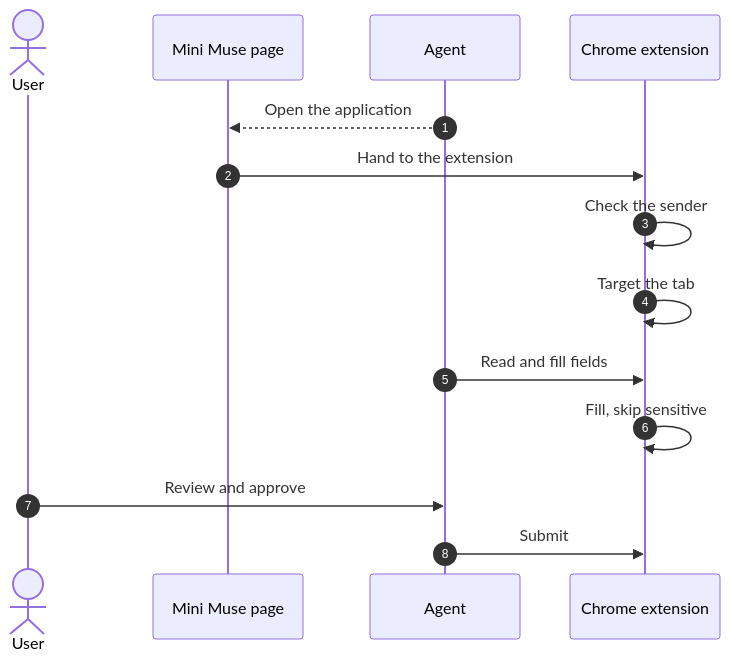
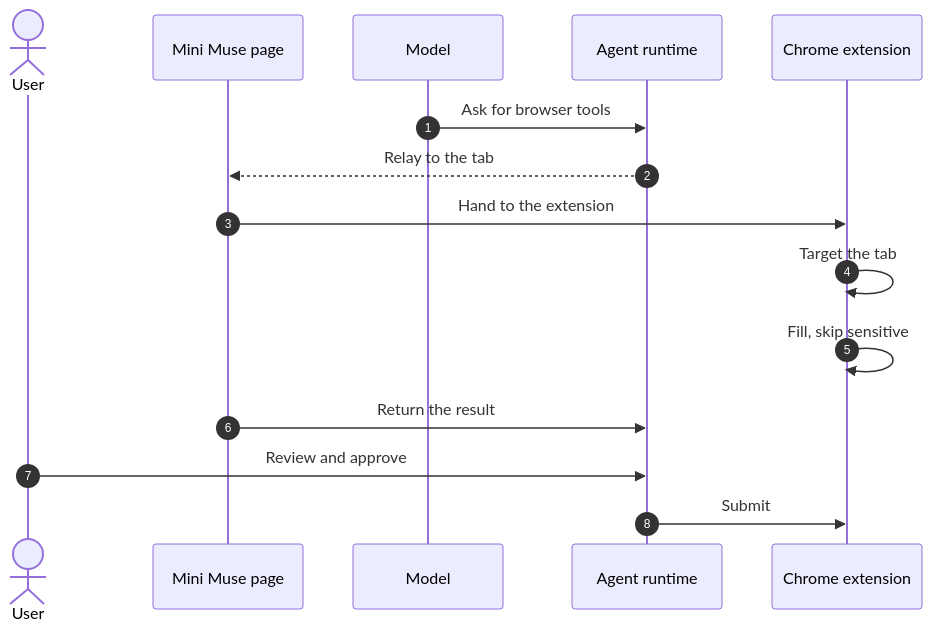
The diagram in docs/architecture/workflows/browser-bridge-fill.md (lngsa1234/mini-muse-mvp), drawn with Mermaid before and after one commit. The commit also changed other lines of this file and 23 other files, not shown here.

First line of the commit message:
Docs: specs, workflows and baseline for the server-side agent

````diff
--- a/docs/architecture/workflows/browser-bridge-fill.md
+++ b/docs/architecture/workflows/browser-bridge-fill.md
@@ -15,16 +15,17 @@
 ```mermaid
 sequenceDiagram
   autonumber
   actor user as User
   participant client as Mini Muse page
-  participant agent as Agent
+  participant agent as Model
+  participant server as Agent runtime
   participant external as Chrome extension
-  agent-->>client: Open the application
+  agent->>server: Ask for browser tools
+  server-->>client: Relay to the tab
   client->>external: Hand to the extension
-  external->>external: Check the sender
   external->>external: Target the tab
-  agent->>external: Read and fill fields
   external->>external: Fill, skip sensitive
-  user->>agent: Review and approve
-  agent->>external: Submit
+  client->>server: Return the result
+  user->>server: Review and approve
+  server->>external: Submit
 ```
````
